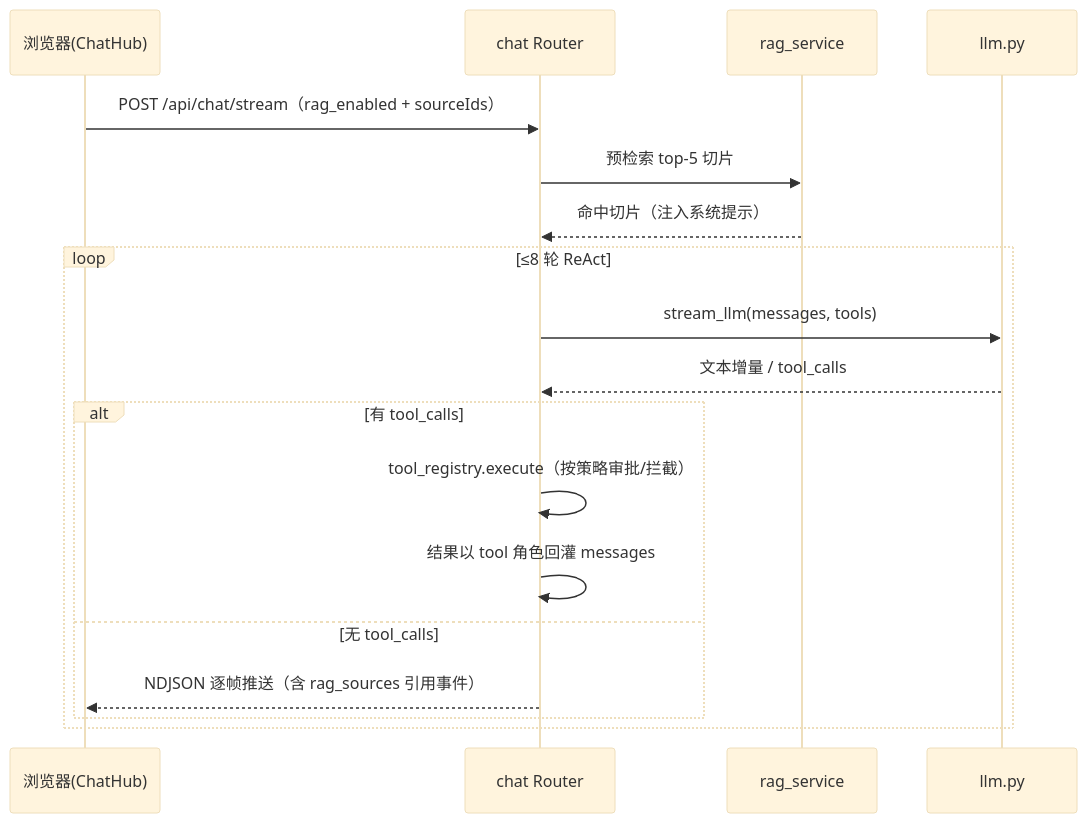
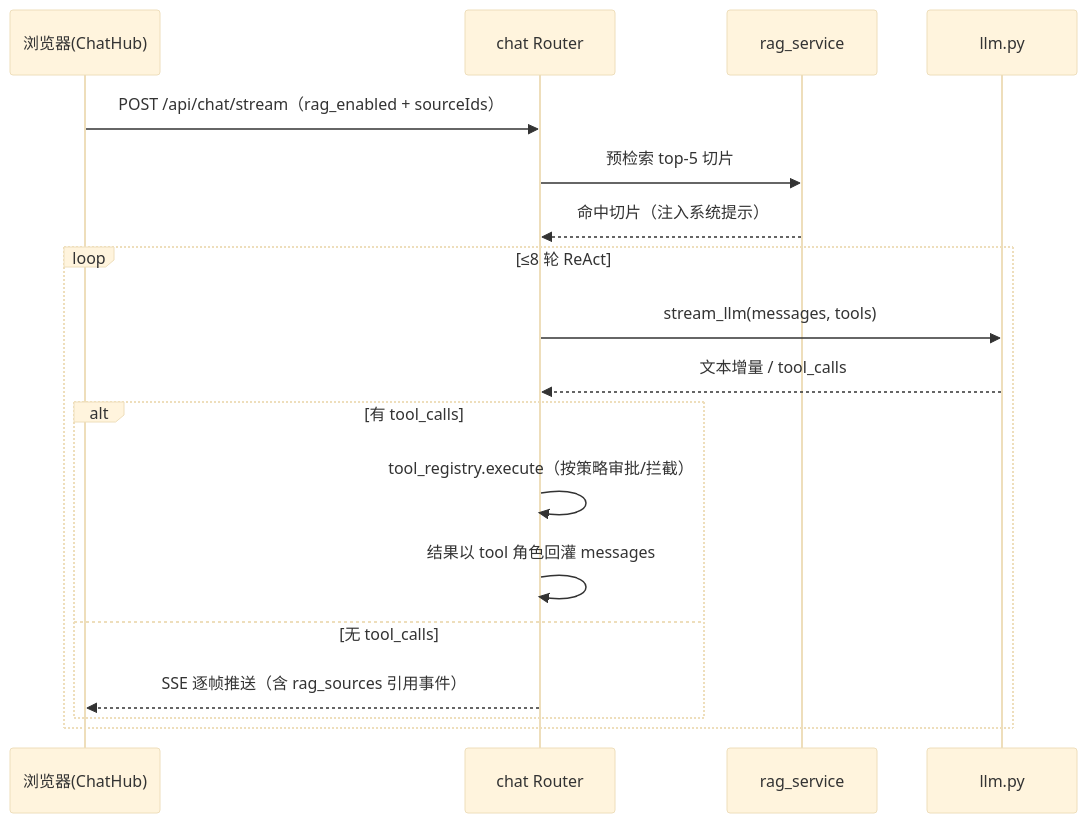
One commit to loknini/ai-research-os changed the second of 2 diagrams in docs/SYSTEM-DESIGN.md. Above: the diagram before and after it, drawn with Mermaid (base theme). The commit also changed other lines of this file and 19 other files, not shown here.

````diff
--- a/docs/SYSTEM-DESIGN.md
+++ b/docs/SYSTEM-DESIGN.md
@@ -132,20 +132,20 @@
 ```mermaid
 sequenceDiagram
   participant U as 浏览器(ChatHub)
   participant C as chat Router
   participant R as rag_service
   participant L as llm.py
   U->>C: POST /api/chat/stream（rag_enabled + sourceIds）
   C->>R: 预检索 top-5 切片
   R-->>C: 命中切片（注入系统提示）
   loop ≤8 轮 ReAct
     C->>L: stream_llm(messages, tools)
     L-->>C: 文本增量 / tool_calls
     alt 有 tool_calls
       C->>C: tool_registry.execute（按策略审批/拦截）
       C->>C: 结果以 tool 角色回灌 messages
     else 无 tool_calls
-      C-->>U: NDJSON 逐帧推送（含 rag_sources 引用事件）
+      C-->>U: SSE 逐帧推送（含 rag_sources 引用事件）
     end
   end
 ```
````
